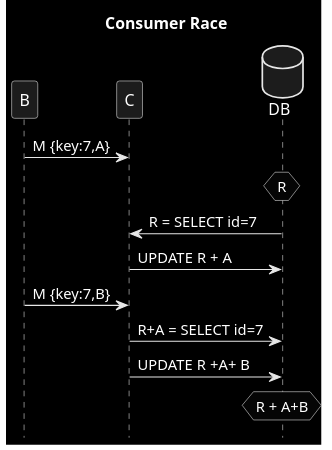
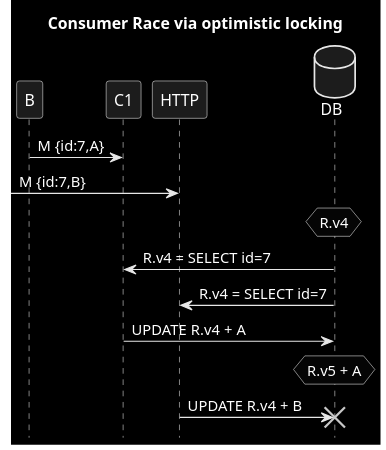
The diagram in patterns/3_race_c_c.puml (victorrentea/kafka), drawn with PlantUML before and after one commit.

Commit message:
optimistic locking

```diff
--- a/patterns/3_race_c_c.puml
+++ b/patterns/3_race_c_c.puml
@@ -1,15 +1,16 @@
 @startuml
-title Consumer Race
+title Consumer Race via optimistic locking
 hide footbox
 skinparam monochrome reverse
 database DB order 9
 
-B->C: M {key:7,A}
-hnote over DB: R
-C<-DB: R = SELECT id=7
-C->DB: UPDATE R + A
-B->C: M {key:7,B}
-C->DB: R+A = SELECT id=7
-C->DB: UPDATE R +A+ B
-hnote over DB: R + A+B
+B->C1: M {id:7,A}
+->HTTP: M {id:7,B}
+hnote over DB: R.v4
+C1<-DB: R.v4 = SELECT id=7
+HTTP<-DB: R.v4 = SELECT id=7
+C1->DB: UPDATE R.v4 + A
+hnote over DB: R.v5 + A
+HTTP->DB!!: UPDATE R.v4 + B
+
 @enduml
```
